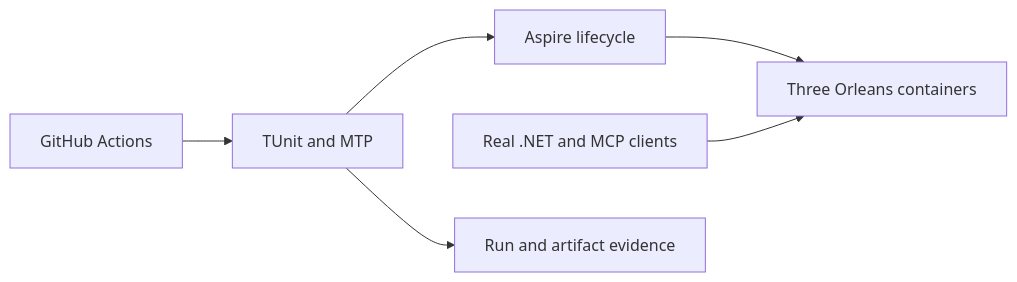
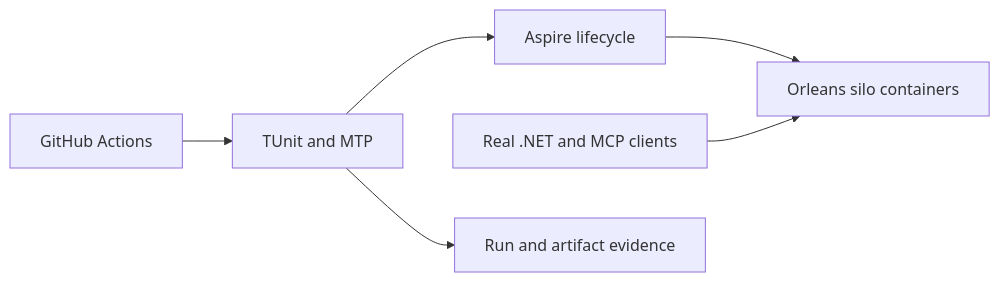
The first of 4 diagrams in docs/Features/TestInfrastructure.md (managedcode/KeyLoad), drawn with Mermaid before and after one commit. The commit also changed other lines of this file and 7356 other files, not shown here.

````diff
--- a/docs/Features/TestInfrastructure.md
+++ b/docs/Features/TestInfrastructure.md
@@ -408,8 +13,8 @@
 ```mermaid
 flowchart LR
     CI[GitHub Actions] --> TUnit[TUnit and MTP]
     TUnit --> Aspire[Aspire lifecycle]
-    Aspire --> Docker[Three Orleans containers]
+    Aspire --> Docker[Orleans silo containers]
     SDK[Real .NET and MCP clients] --> Docker
     TUnit --> Evidence[Run and artifact evidence]
 ```
````
